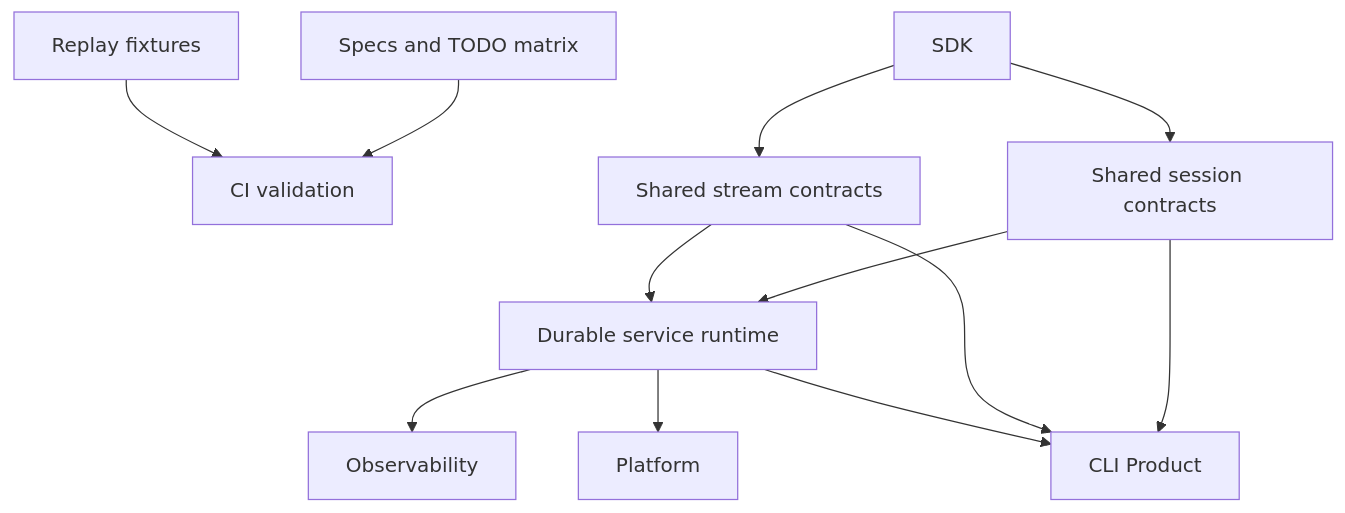
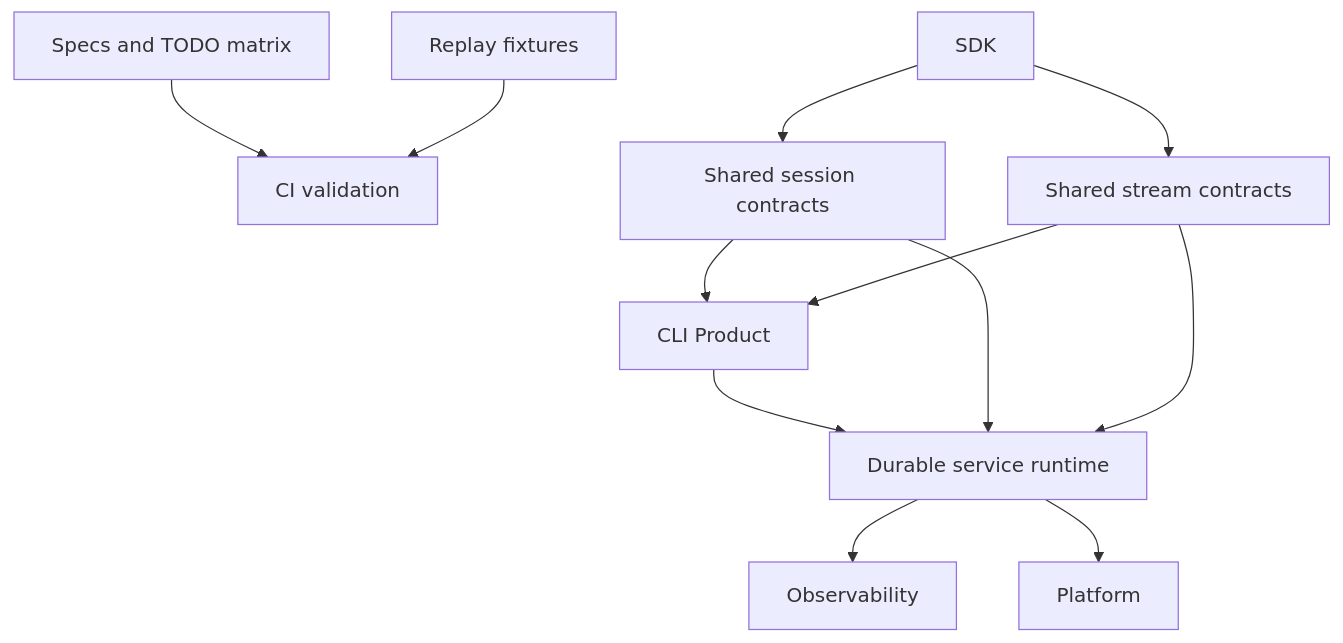
One commit to Wh1isper/starweaver changed the diagram in spec/ops/README.md. Above: the diagram before and after it, drawn with Mermaid. The commit also changed other lines of this file and 29 other files, not shown here.

````diff
--- a/spec/ops/README.md
+++ b/spec/ops/README.md
@@ -20,25 +20,25 @@
 ```mermaid
 flowchart TD
     ci[CI validation]
     replay[Replay fixtures]
     specs[Specs and TODO matrix]
     sdk[SDK]
     session[Shared session contracts]
     stream[Shared stream contracts]
     service[Durable service runtime]
     cli[CLI Product]
     observability[Observability]
     platform[Platform]
 
     specs --> ci
     replay --> ci
     sdk --> session
     sdk --> stream
+    session --> cli
+    stream --> cli
+    cli --> service
     session --> service
     stream --> service
-    session --> cli
-    stream --> cli
     service --> observability
-    service --> cli
     service --> platform
 ```
````
